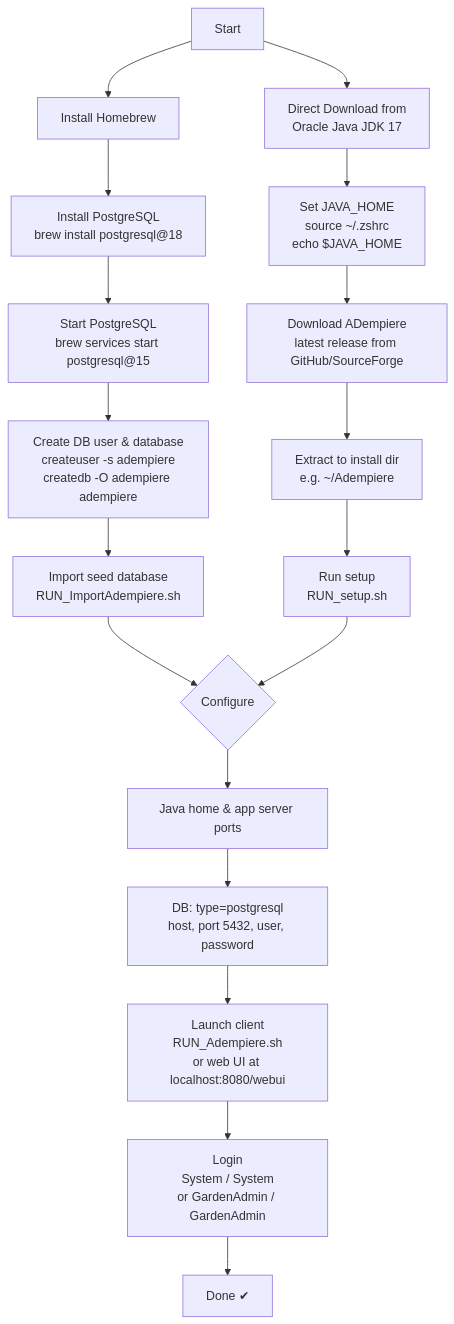
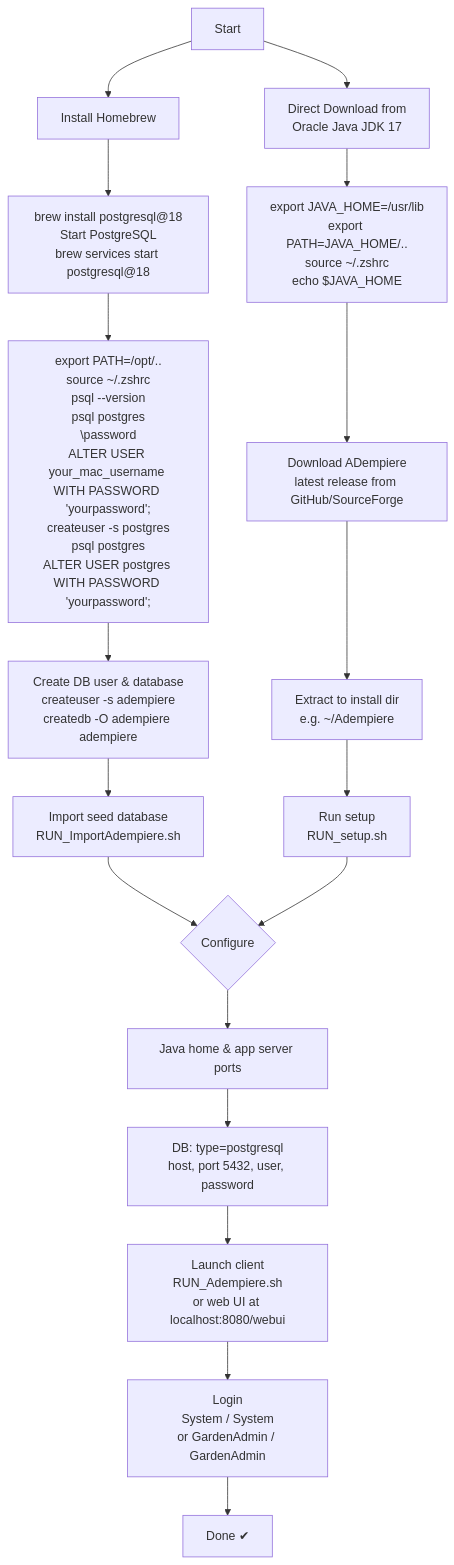
The diagram in docs/techaus/Adempiere/Setup.md (eruibal/Projects), drawn with Mermaid before and after one commit. The commit also changed other lines of this file, not shown here.

Commit message:
fix: update Adempiere setup instructions for PostgreSQL and improve flowchart clarity

````diff
--- a/docs/techaus/Adempiere/Setup.md
+++ b/docs/techaus/Adempiere/Setup.md
@@ -120,26 +121,25 @@
 ```mermaid
 flowchart TD
     A[Start] --> B[Install Homebrew]
-    B --> D[Install PostgreSQL<br/>brew install postgresql@18]
+    B --> D[brew install postgresql@18<br/>Start PostgreSQL<br/>brew services start postgresql@18]
     A --> C[Direct Download from <br/>Oracle Java JDK 17]
-    C --> E[Set JAVA_HOME<br/>source ~/.zshrc<br/>echo $JAVA_HOME]
-    D --> F[Start PostgreSQL<br/>brew services start postgresql@15]
-
+    C --> E[export JAVA_HOME=/usr/lib<br/>export PATH=JAVA_HOME/..<br/>source ~/.zshrc<br/>echo $JAVA_HOME]
+    D --> F[export PATH=/opt/..<br/>source ~/.zshrc<br/>psql --version<br/>psql postgres<br/>\password<br/>ALTER USER your_mac_username WITH PASSWORD 'yourpassword';<br/>createuser -s postgres<br/>psql postgres<br/>ALTER USER postgres WITH PASSWORD 'yourpassword';]
     F --> G[Create DB user & database<br/>createuser -s adempiere<br/>createdb -O adempiere adempiere]
 
     E --> H[Download ADempiere<br/>latest release from GitHub/SourceForge]
     H --> I[Extract to install dir<br/>e.g. ~/Adempiere]
 
     G --> J[Import seed database<br/>RUN_ImportAdempiere.sh]
     J --> L
 
     I --> K[Run setup<br/>RUN_setup.sh]
     K --> L{Configure}
     L --> M[Java home & app server ports]
     M --> N[DB: type=postgresql<br/>host, port 5432, user, password]
 
     N --> S[Launch client<br/>RUN_Adempiere.sh<br/>or web UI at localhost:8080/webui]
 
     S --> T[Login<br/>System / System<br/>or GardenAdmin / GardenAdmin]
     T --> U[Done ✔]
 ```
````
